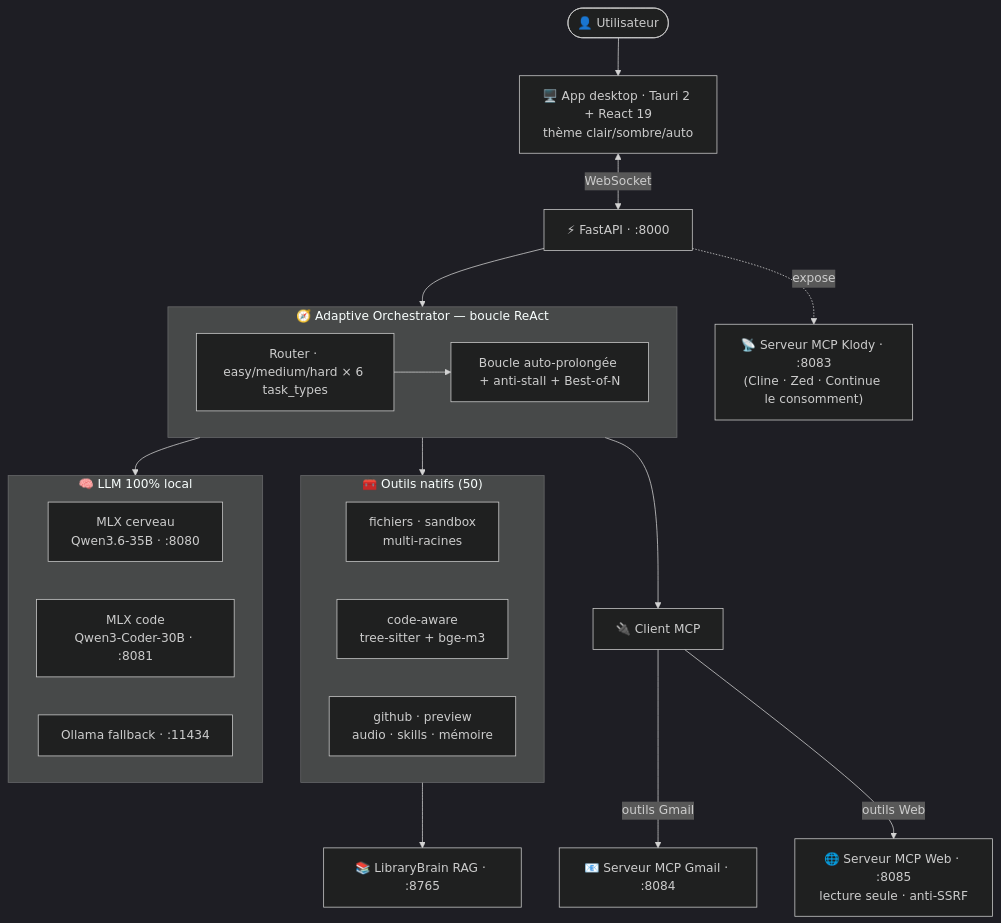
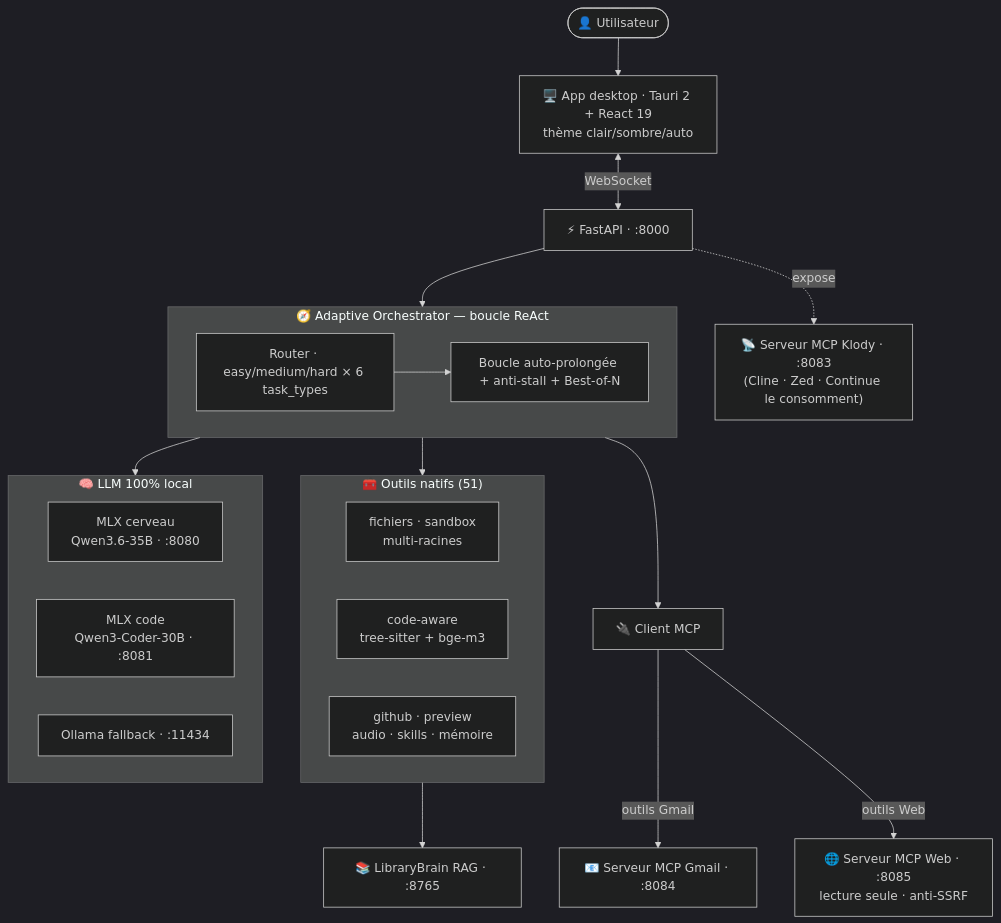
One commit to klodynlov/klody-code-ai changed the diagram in README.md. Above: the diagram before and after it, drawn with Mermaid (dark theme). The commit also changed other lines of this file and 5 other files, not shown here.

````diff
--- a/README.md
+++ b/README.md
@@ -50,36 +50,36 @@
 ```mermaid
 flowchart TD
     U([👤 Utilisateur]) --> UI["🖥️ App desktop · Tauri 2 + React 19<br/>thème clair/sombre/auto"]
     UI <-->|WebSocket| API["⚡ FastAPI · :8000"]
     API --> ORCH
 
     subgraph ORCH["🧭 Adaptive Orchestrator — boucle ReAct"]
         R["Router · easy/medium/hard × 6 task_types"]
         L["Boucle auto-prolongée + anti-stall + Best-of-N"]
         R --> L
     end
 
     ORCH --> TOOLS
     ORCH --> MCPC["🔌 Client MCP"]
     ORCH --> LLM
 
-    subgraph TOOLS["🧰 Outils natifs (50)"]
+    subgraph TOOLS["🧰 Outils natifs (51)"]
         direction LR
         T1["fichiers · sandbox<br/>multi-racines"]
         T2["code-aware<br/>tree-sitter + bge-m3"]
         T3["github · preview<br/>audio · skills · mémoire"]
     end
 
     MCPC -->|outils Gmail| GM["📧 Serveur MCP Gmail · :8084"]
     MCPC -->|outils Web| WB["🌐 Serveur MCP Web · :8085<br/>lecture seule · anti-SSRF"]
 
     subgraph LLM["🧠 LLM 100% local"]
         direction LR
         B["MLX cerveau<br/>Qwen3.6-35B · :8080"]
         C["MLX code<br/>Qwen3-Coder-30B · :8081"]
         O["Ollama fallback · :11434"]
     end
 
     TOOLS --> RAG["📚 LibraryBrain RAG · :8765"]
     API -.expose.-> MCPS["📡 Serveur MCP Klody · :8083<br/>(Cline · Zed · Continue le consomment)"]
 ```
````
